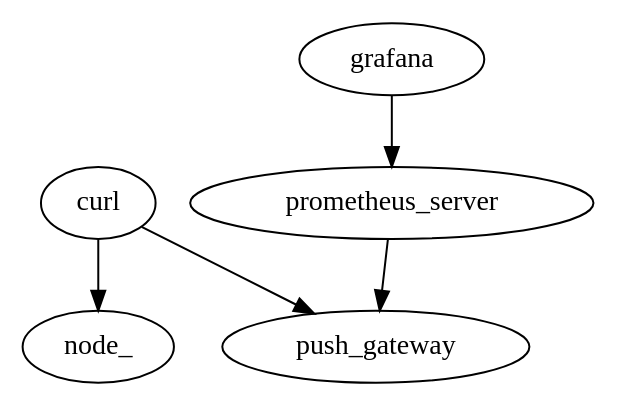
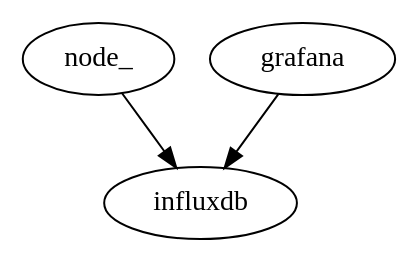
One commit to rchain/perf-harness changed the diagram in doc/topology.dot. Above: the diagram before and after it, drawn with Graphviz. The commit also changed 1 other file, not shown here.

```diff
--- a/doc/topology.dot
+++ b/doc/topology.dot
@@ -1,6 +1,4 @@
 digraph {
-    curl -> node_;
-    curl -> push_gateway;
-    prometheus_server -> push_gateway;
-    grafana -> prometheus_server;
+    node_ -> influxdb;
+    grafana -> influxdb;
 }
```
